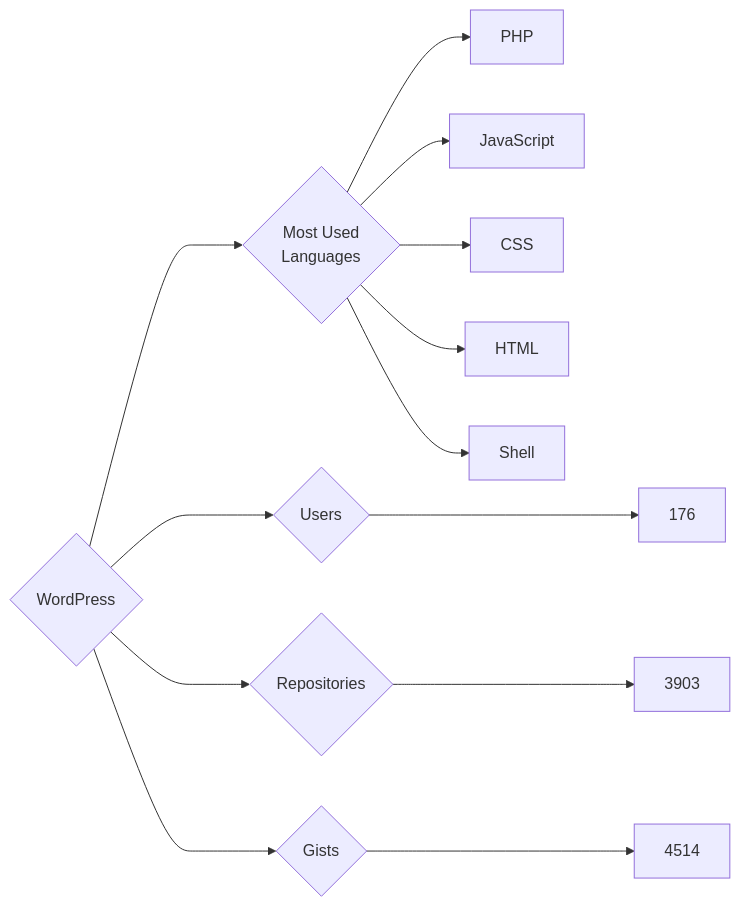
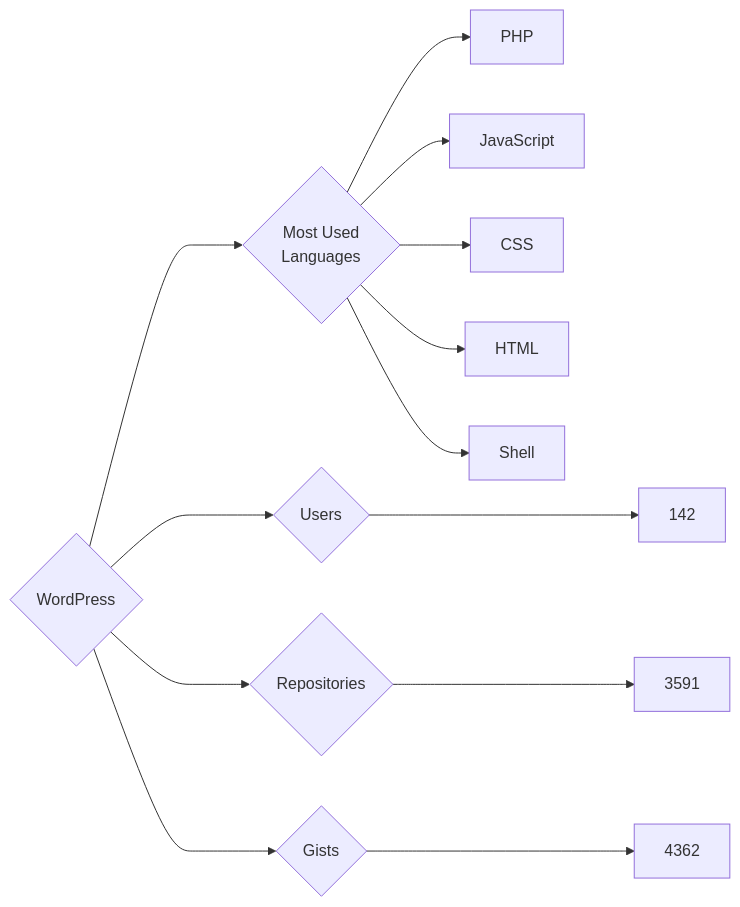
The diagram in targets/WordPress/README.md (trickest/insiders), drawn with Mermaid before and after one commit. The commit also changed 815 other files, not shown here.

````diff
--- a/targets/WordPress/README.md
+++ b/targets/WordPress/README.md
@@ -3,13 +3,13 @@
 ```mermaid
 graph LR
 COMPANY_NAME{WordPress}
-COMPANY_NAME ---> U{Users} ---> UN[176]
-COMPANY_NAME ---> R{Repositories} ---> RN[3903]
-COMPANY_NAME ---> G{Gists} ---> GN[4514]
+COMPANY_NAME ---> U{Users} ---> UN[142]
+COMPANY_NAME ---> R{Repositories} ---> RN[3591]
+COMPANY_NAME ---> G{Gists} ---> GN[4362]
 COMPANY_NAME ---> ML{Most Used<br>Languages}
 ML --> PHP[PHP]
 ML --> JavaScript[JavaScript]
 ML --> CSS[CSS]
 ML --> HTML[HTML]
 ML --> Shell[Shell]
 ```
````
